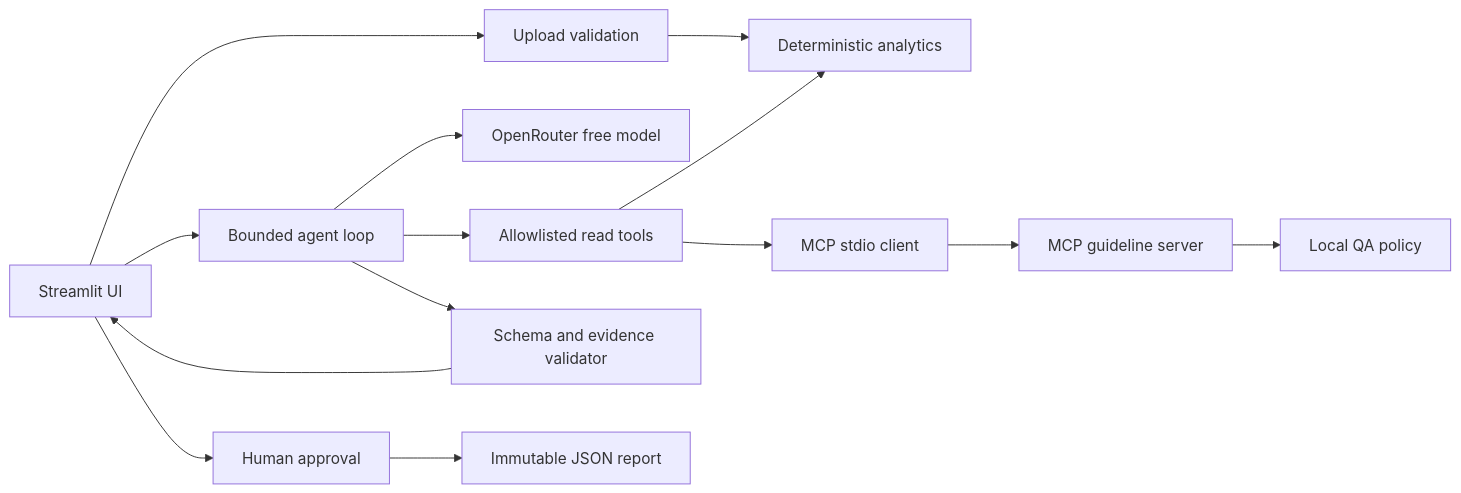
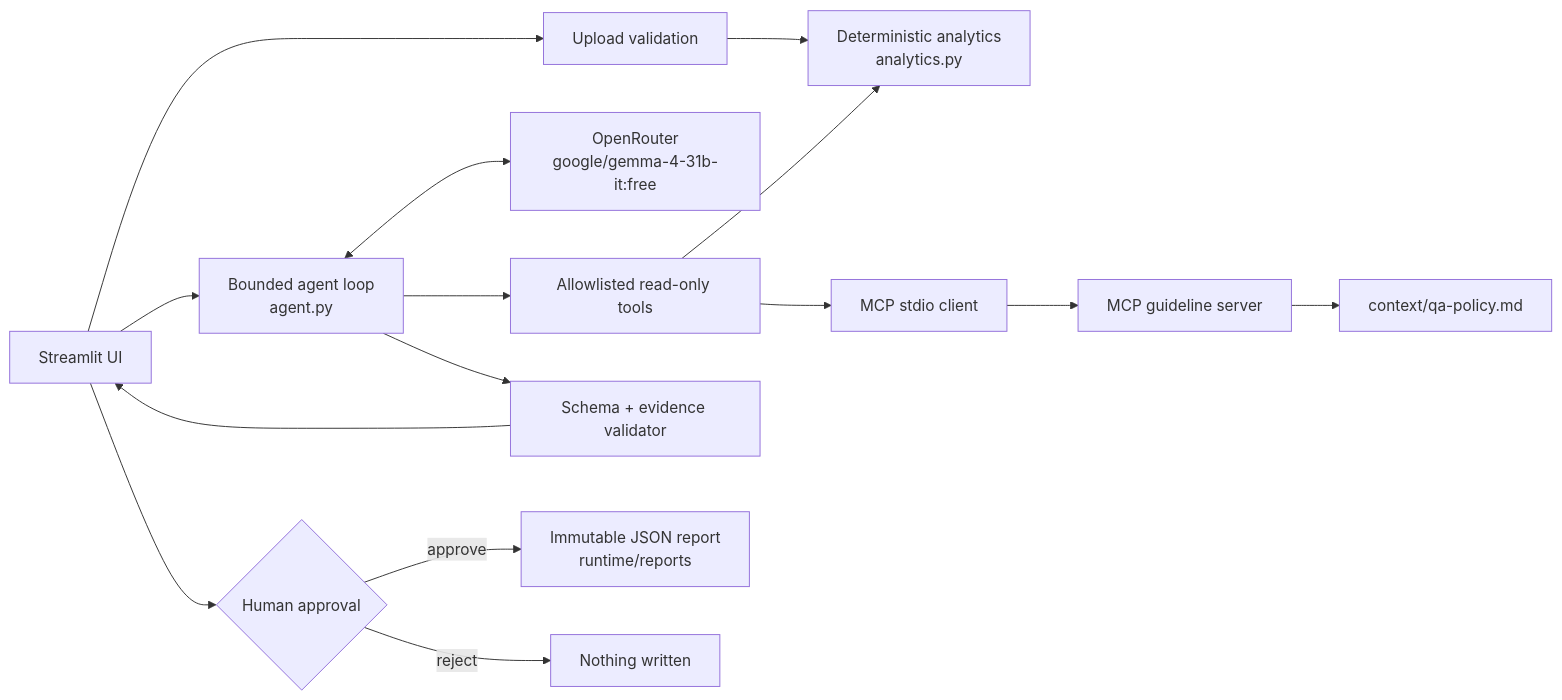
One commit to Ghada1425/releasepulse-ai-agent changed the diagram in README.md. Above: the diagram before and after it, drawn with Mermaid. The commit also changed other lines of this file and 4 other files, not shown here.

````diff
--- a/README.md
+++ b/README.md
@@ -41,16 +58,17 @@
 ```mermaid
 flowchart LR
     U[Streamlit UI] --> V[Upload validation]
-    V --> D[Deterministic analytics]
-    U --> A[Bounded agent loop]
-    A --> L[OpenRouter free model]
-    A --> T[Allowlisted read tools]
+    V --> D[Deterministic analytics<br/>analytics.py]
+    U --> A[Bounded agent loop<br/>agent.py]
+    A <--> L[OpenRouter<br/>google/gemma-4-31b-it:free]
+    A --> T[Allowlisted read-only tools]
     T --> D
     T --> C[MCP stdio client]
     C --> S[MCP guideline server]
-    S --> K[Local QA policy]
-    A --> G[Schema and evidence validator]
+    S --> K[context/qa-policy.md]
+    A --> G[Schema + evidence validator]
     G --> U
-    U --> H[Human approval]
-    H --> R[Immutable JSON report]
+    U --> H{Human approval}
+    H -- approve --> R[Immutable JSON report<br/>runtime/reports]
+    H -- reject --> X[Nothing written]
 ```
````
